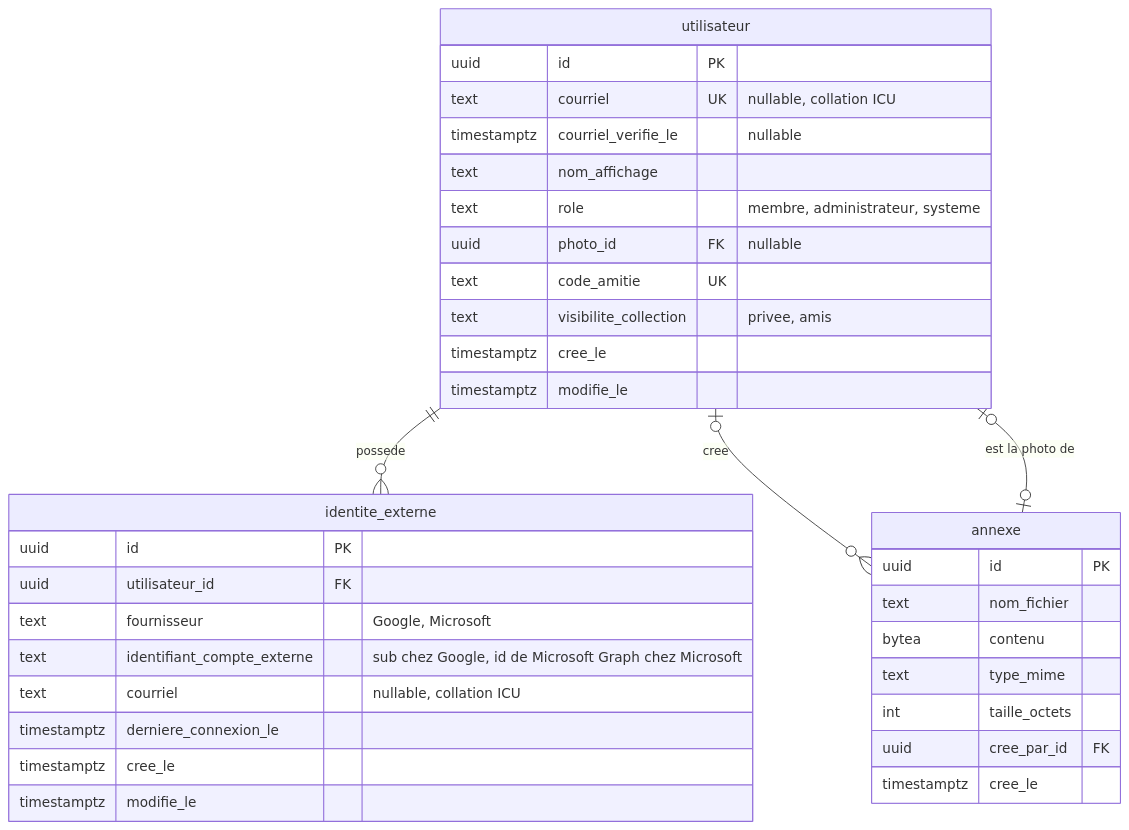
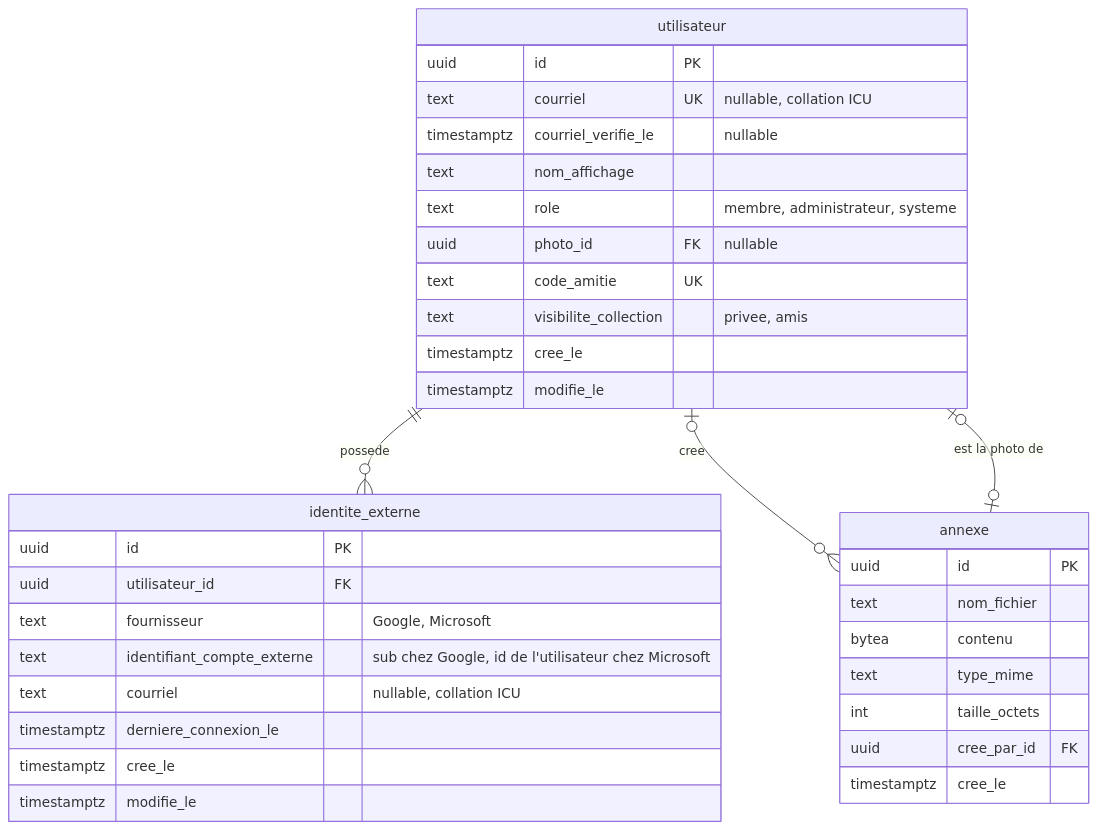
One commit to jeison-souza/MeepleZone changed the second of 5 diagrams in docs/schema/schema-donnees.md. Above: the diagram before and after it, drawn with Mermaid. The commit also changed other lines of this file and 1 other file, not shown here.

Commit message:
Précise que l'identifiant Microsoft est celui de l'utilisateur
Le texte parle du id de l'utilisateur chez Microsoft, sans mentionner Microsoft Graph.

Refs #65

````diff
--- a/docs/schema/schema-donnees.md
+++ b/docs/schema/schema-donnees.md
@@ -78,40 +78,40 @@
 ```mermaid
 erDiagram
     utilisateur ||--o{ identite_externe : "possede"
     annexe |o--o| utilisateur : "est la photo de"
     utilisateur |o--o{ annexe : "cree"
 
     utilisateur {
         uuid id PK
         text courriel UK "nullable, collation ICU"
         timestamptz courriel_verifie_le "nullable"
         text nom_affichage
         text role "membre, administrateur, systeme"
         uuid photo_id FK "nullable"
         text code_amitie UK
         text visibilite_collection "privee, amis"
         timestamptz cree_le
         timestamptz modifie_le
     }
 
     identite_externe {
         uuid id PK
         uuid utilisateur_id FK
         text fournisseur "Google, Microsoft"
-        text identifiant_compte_externe "sub chez Google, id de Microsoft Graph chez Microsoft"
+        text identifiant_compte_externe "sub chez Google, id de l'utilisateur chez Microsoft"
         text courriel "nullable, collation ICU"
         timestamptz derniere_connexion_le
         timestamptz cree_le
         timestamptz modifie_le
     }
 
     annexe {
         uuid id PK
         text nom_fichier
         bytea contenu
         text type_mime
         int taille_octets
         uuid cree_par_id FK
         timestamptz cree_le
     }
 ```
````
